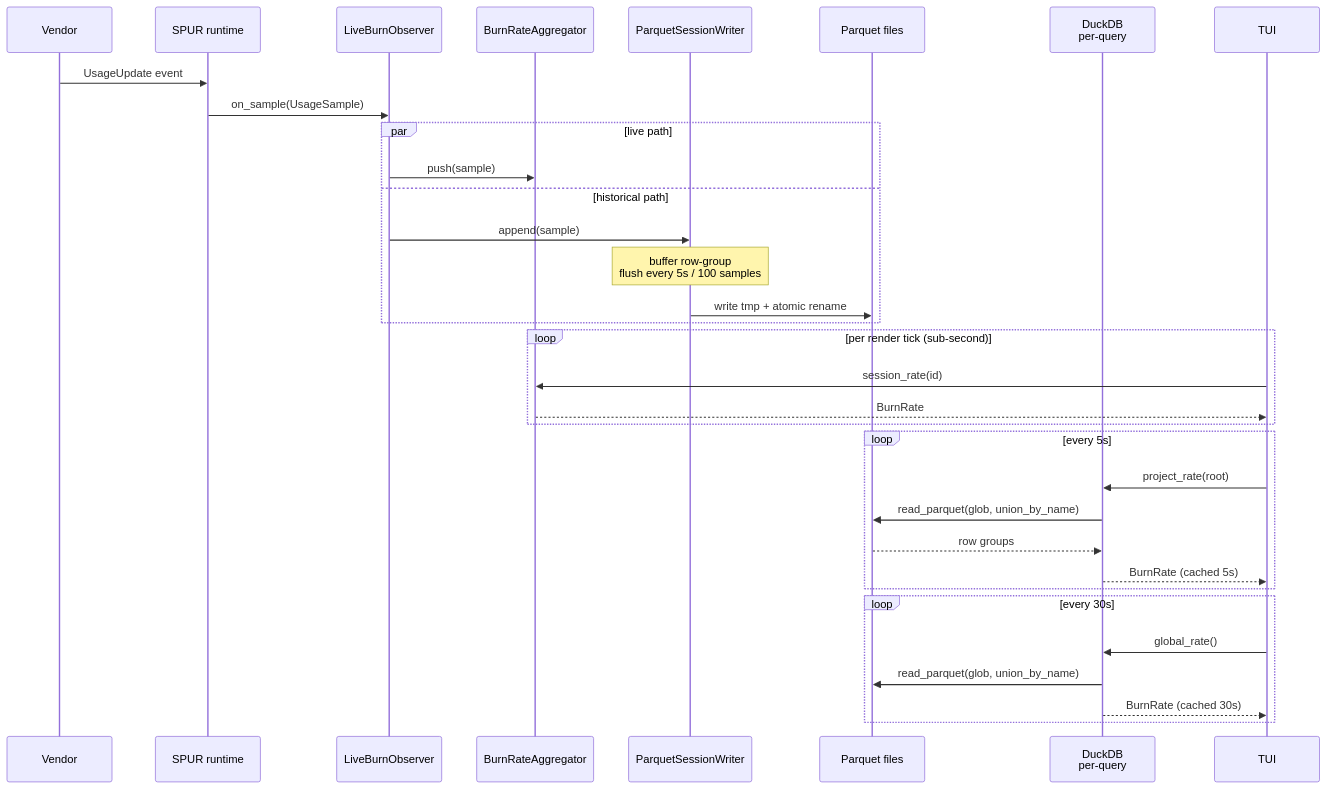
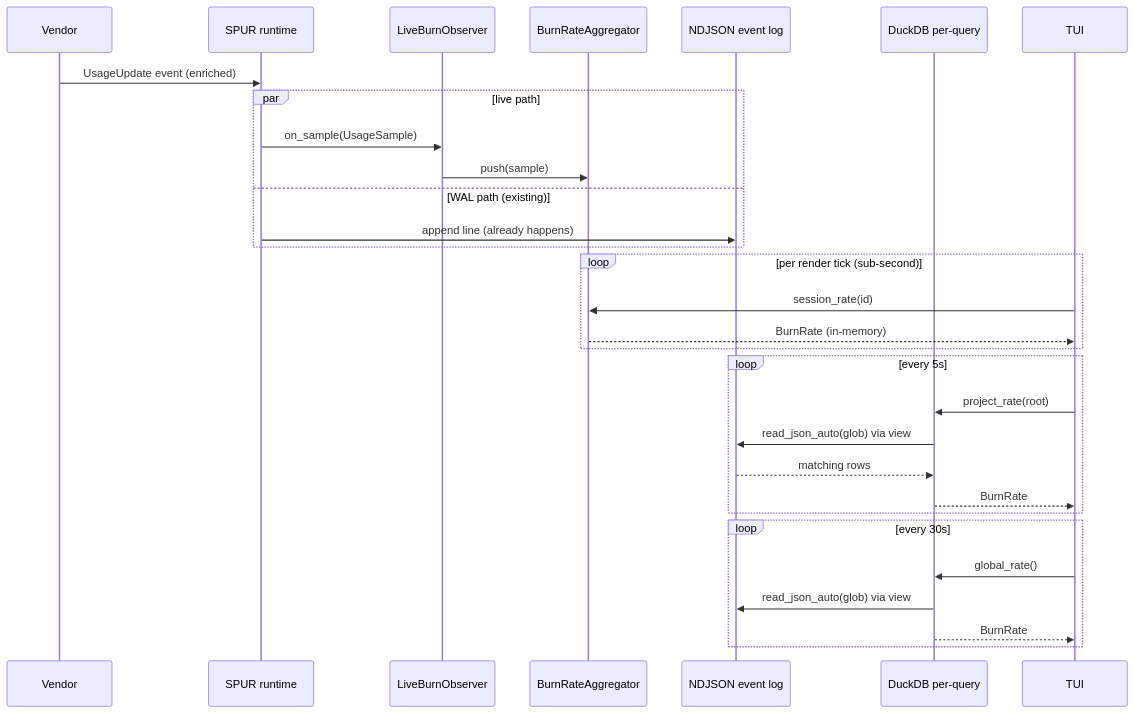
The second of 6 diagrams in docs/superpowers/specs/2026-04-18-duckdb-analytics-design.md (getspur/spur), drawn with Mermaid before and after one commit. The commit also changed other lines of this file, not shown here.

````diff
--- a/docs/superpowers/specs/2026-04-18-duckdb-analytics-design.md
+++ b/docs/superpowers/specs/2026-04-18-duckdb-analytics-design.md
@@ -147,39 +158,36 @@
 ```mermaid
 sequenceDiagram
   participant V as Vendor
   participant R as SPUR runtime
   participant LBO as LiveBurnObserver
   participant AGG as BurnRateAggregator
-  participant PW as ParquetSessionWriter
-  participant FS as Parquet files
-  participant DB as DuckDB<br/>per-query
+  participant NDJ as NDJSON event log
+  participant DB as DuckDB per-query
   participant TUI as TUI
 
-  V->>R: UsageUpdate event
-  R->>LBO: on_sample(UsageSample)
+  V->>R: UsageUpdate event (enriched)
   par live path
+    R->>LBO: on_sample(UsageSample)
     LBO->>AGG: push(sample)
-  and historical path
-    LBO->>PW: append(sample)
-    Note over PW: buffer row-group<br/>flush every 5s / 100 samples
-    PW->>FS: write tmp + atomic rename
+  and WAL path (existing)
+    R->>NDJ: append line (already happens)
   end
 
   loop per render tick (sub-second)
     TUI->>AGG: session_rate(id)
-    AGG-->>TUI: BurnRate
+    AGG-->>TUI: BurnRate (in-memory)
   end
 
   loop every 5s
     TUI->>DB: project_rate(root)
-    DB->>FS: read_parquet(glob, union_by_name)
-    FS-->>DB: row groups
-    DB-->>TUI: BurnRate (cached 5s)
+    DB->>NDJ: read_json_auto(glob) via view
+    NDJ-->>DB: matching rows
+    DB-->>TUI: BurnRate
   end
 
   loop every 30s
     TUI->>DB: global_rate()
-    DB->>FS: read_parquet(glob, union_by_name)
-    DB-->>TUI: BurnRate (cached 30s)
+    DB->>NDJ: read_json_auto(glob) via view
+    DB-->>TUI: BurnRate
   end
 ```
````
